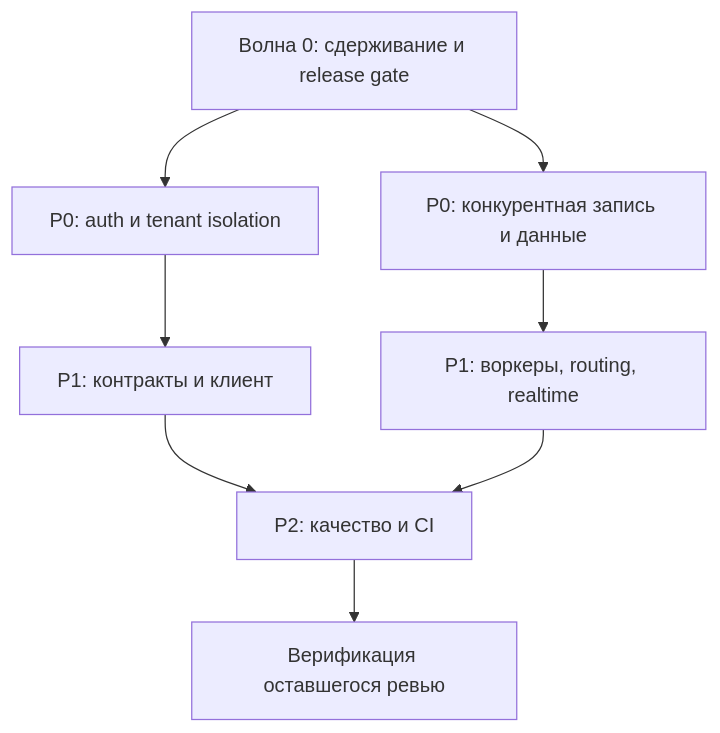
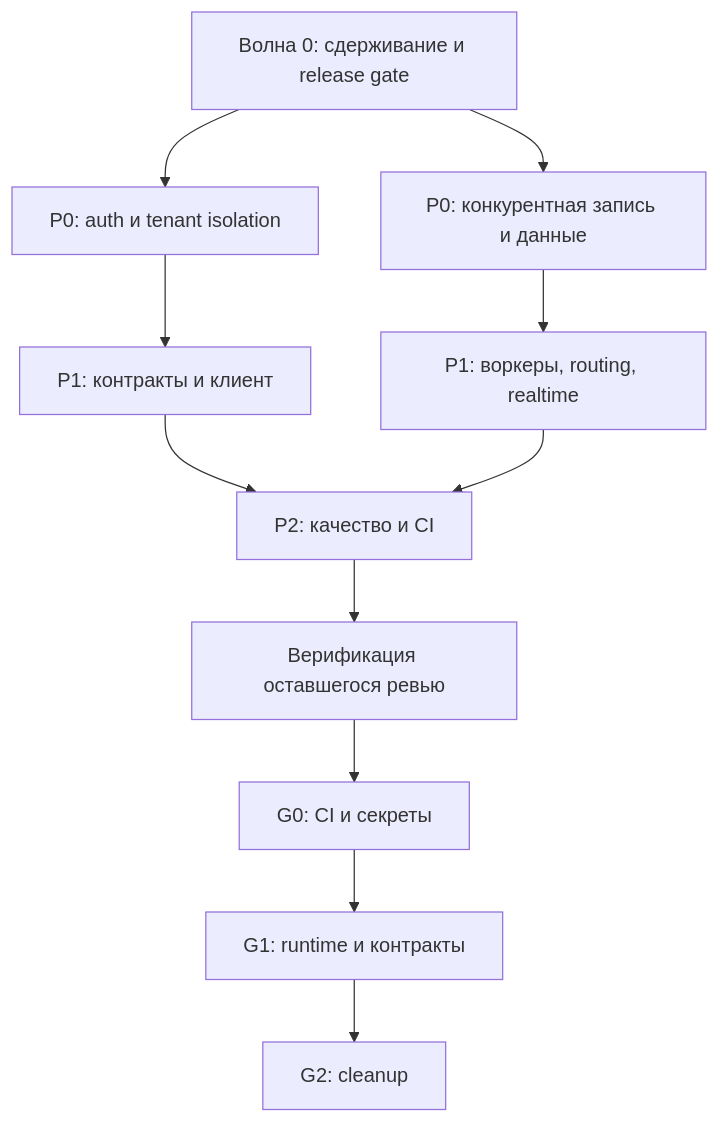
The diagram in docs/code-review-remediation-plan-2026-07-16.md (SirSomec/support-communication), drawn with Mermaid before and after one commit. The commit also changed other lines of this file and 237 other files, not shown here.

````diff
--- a/docs/code-review-remediation-plan-2026-07-16.md
+++ b/docs/code-review-remediation-plan-2026-07-16.md
@@ -178,10 +308,13 @@
 ```mermaid
 flowchart TD
   R0["Волна 0: сдерживание и release gate"] --> S["P0: auth и tenant isolation"]
   R0 --> D["P0: конкурентная запись и данные"]
   S --> C["P1: контракты и клиент"]
   D --> O["P1: воркеры, routing, realtime"]
   C --> Q["P2: качество и CI"]
   O --> Q
   Q --> V["Верификация оставшегося ревью"]
+  V --> G0["G0: CI и секреты"]
+  G0 --> G1["G1: runtime и контракты"]
+  G1 --> G2["G2: cleanup"]
 ```
````
